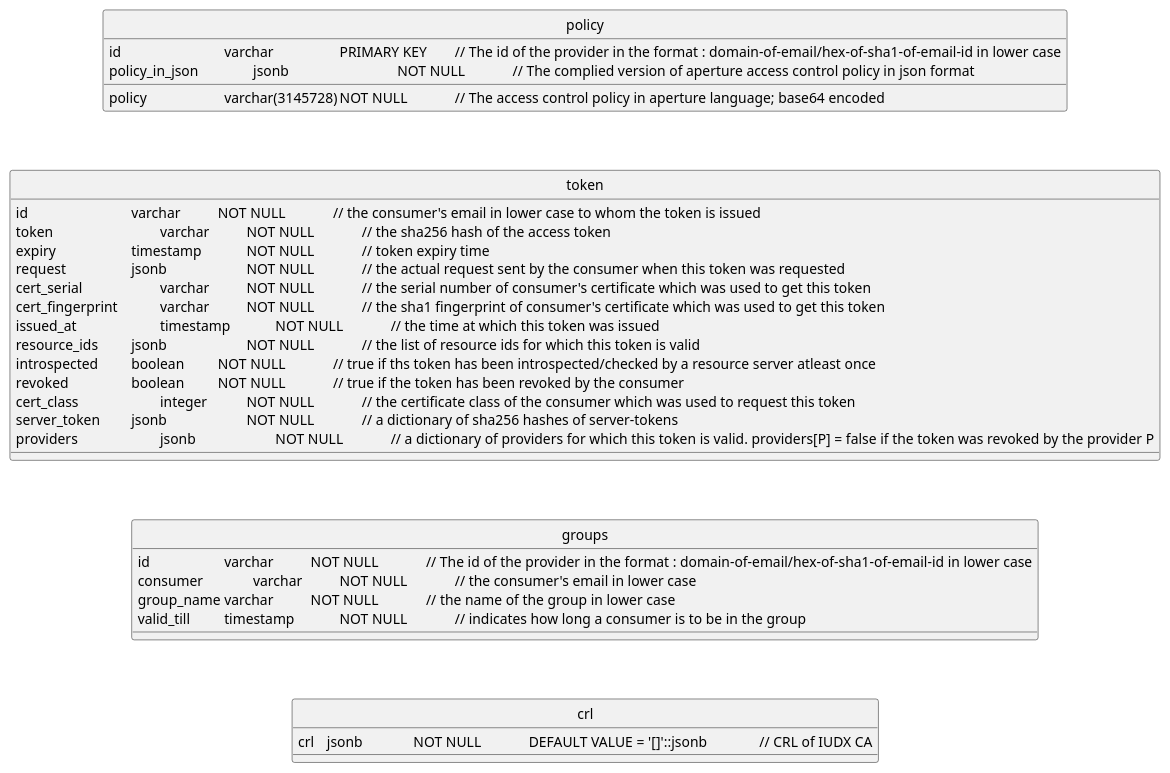
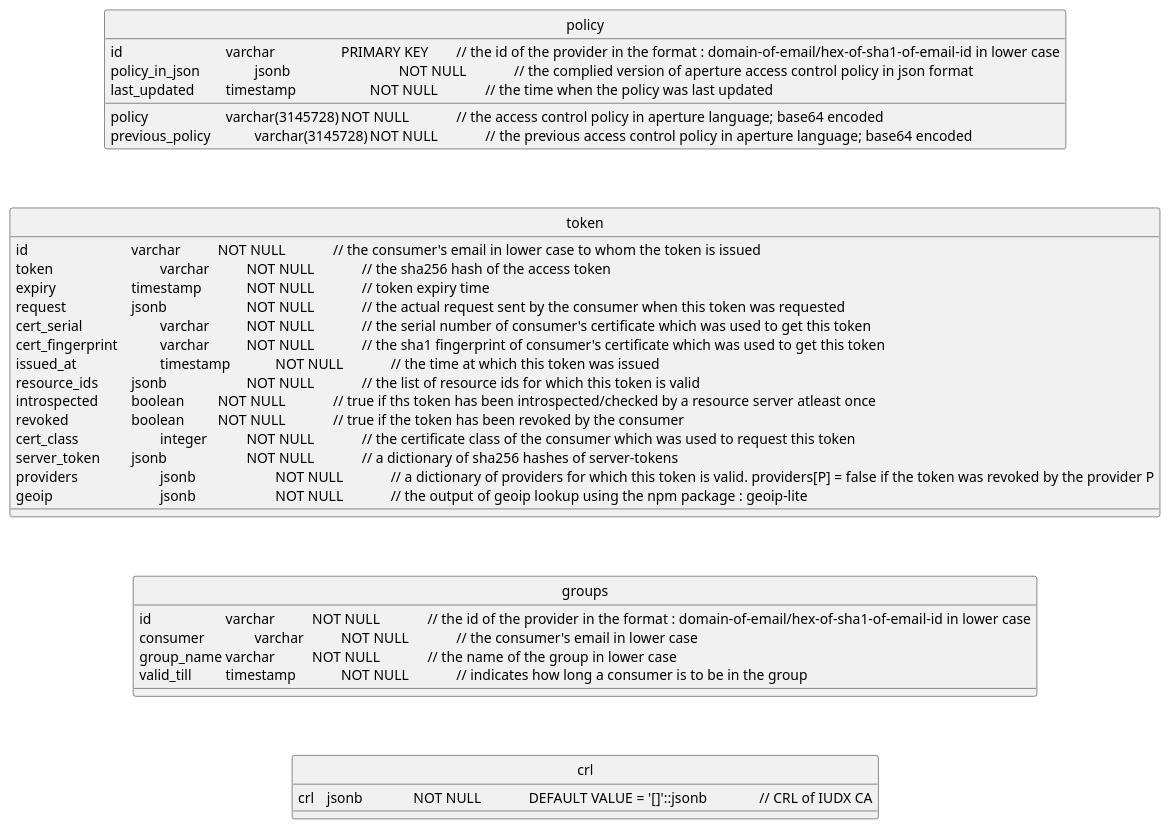
One commit to iudx/iudx-auth-server changed the diagram in er.plantuml. Above: the diagram before and after it, drawn with PlantUML. The commit also changed 1 other file, not shown here.

```diff
--- a/er.plantuml
+++ b/er.plantuml
@@ -1,41 +1,44 @@
 @startuml
 skinparam monochrome true
 hide circle
 
 entity policy {
-	id				varchar			PRIMARY KEY	// The id of the provider in the format : domain-of-email/hex-of-sha1-of-email-id in lower case
-	policy			varchar(3145728)	NOT NULL		// The access control policy in aperture language; base64 encoded
-	policy_in_json		jsonb				NOT NULL		// The complied version of aperture access control policy in json format
+	id				varchar			PRIMARY KEY	// the id of the provider in the format : domain-of-email/hex-of-sha1-of-email-id in lower case
+	policy			varchar(3145728)	NOT NULL		// the access control policy in aperture language; base64 encoded
+	policy_in_json		jsonb				NOT NULL		// the complied version of aperture access control policy in json format
+	previous_policy		varchar(3145728)	NOT NULL		// the previous access control policy in aperture language; base64 encoded
+	last_updated		timestamp			NOT NULL		// the time when the policy was last updated 
 }
 
 entity token {
 	id				varchar		NOT NULL		// the consumer's email in lower case to whom the token is issued
 	token				varchar		NOT NULL		// the sha256 hash of the access token
 	expiry			timestamp		NOT NULL		// token expiry time
 	request			jsonb			NOT NULL		// the actual request sent by the consumer when this token was requested
 	cert_serial			varchar		NOT NULL		// the serial number of consumer's certificate which was used to get this token
 	cert_fingerprint		varchar		NOT NULL		// the sha1 fingerprint of consumer's certificate which was used to get this token 
 	issued_at			timestamp		NOT NULL		// the time at which this token was issued
 	resource_ids		jsonb			NOT NULL		// the list of resource ids for which this token is valid
 	introspected		boolean		NOT NULL		// true if ths token has been introspected/checked by a resource server atleast once
 	revoked			boolean		NOT NULL		// true if the token has been revoked by the consumer
 	cert_class			integer		NOT NULL		// the certificate class of the consumer which was used to request this token
 	server_token		jsonb			NOT NULL		// a dictionary of sha256 hashes of server-tokens
 	providers			jsonb			NOT NULL		// a dictionary of providers for which this token is valid. providers[P] = false if the token was revoked by the provider P
+	geoip				jsonb			NOT NULL		// the output of geoip lookup using the npm package : geoip-lite
 }
 
 entity groups {
-	id			varchar		NOT NULL		// The id of the provider in the format : domain-of-email/hex-of-sha1-of-email-id in lower case
+	id			varchar		NOT NULL		// the id of the provider in the format : domain-of-email/hex-of-sha1-of-email-id in lower case
 	consumer		varchar		NOT NULL		// the consumer's email in lower case
 	group_name	varchar		NOT NULL		// the name of the group in lower case
 	valid_till		timestamp		NOT NULL		// indicates how long a consumer is to be in the group
 }
 
 entity crl {
 	crl	jsonb		NOT NULL		DEFAULT VALUE = '[]'::jsonb		// CRL of IUDX CA
 }
 
 policy -[hidden]- token 
 token -[hidden]- groups 
 groups -[hidden]- crl
 @enduml
```
